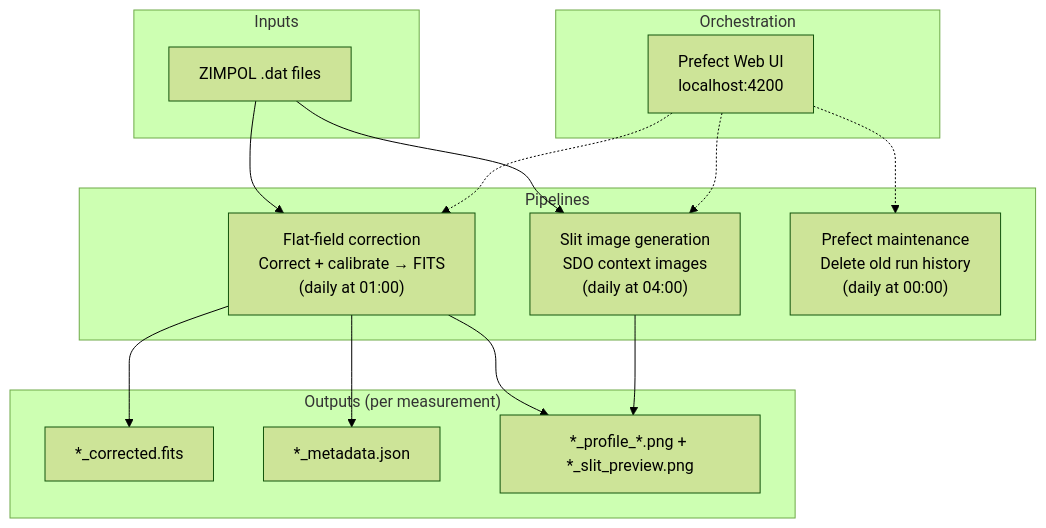
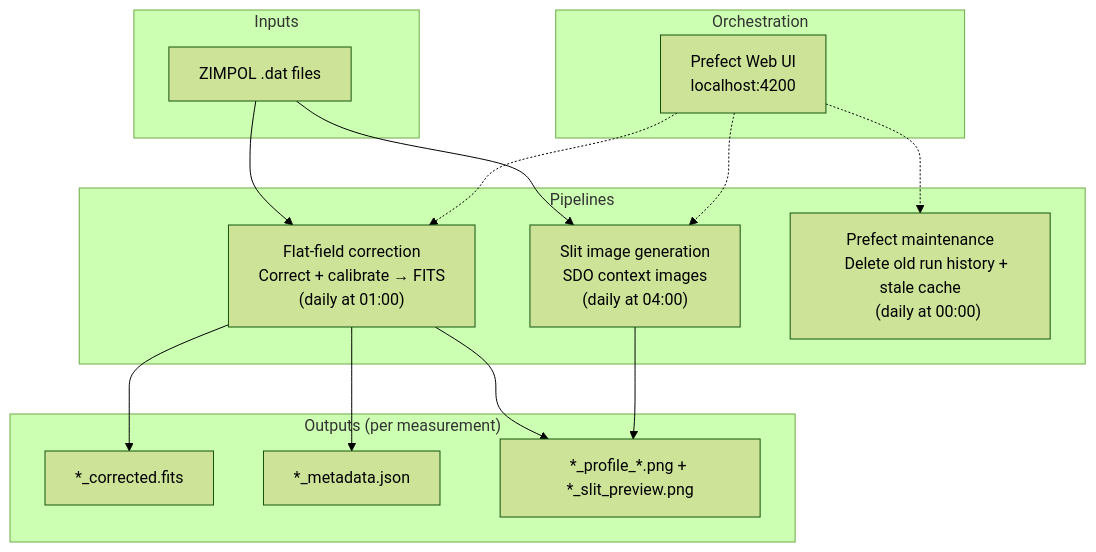
Before and after one commit to irsol-locarno/irsol-data-pipeline: the diagram in README.md, drawn with Mermaid (forest theme). The commit also changed other lines of this file and 17 other files, not shown here.

````diff
--- a/README.md
+++ b/README.md
@@ -5,39 +5,39 @@
 ```mermaid
 graph TB
     subgraph inputs["Inputs"]
         DAT["ZIMPOL .dat files"]
     end
 
     subgraph pipelines["Pipelines"]
         FF["Flat-field correction
 Correct + calibrate → FITS
 (daily at 01:00)"]
         SI["Slit image generation
 SDO context images
 (daily at 04:00)"]
         MN["Prefect maintenance
-Delete old run history
-(daily at 00:00)"]
+    Delete old run history + stale cache
+    (daily at 00:00)"]
     end
 
     subgraph outputs["Outputs (per measurement)"]
         FITS["*_corrected.fits"]
         META["*_metadata.json"]
         PNG["*_profile_*.png + *_slit_preview.png"]
     end
 
     subgraph orchestration["Orchestration"]
         UI["Prefect Web UI
         localhost:4200"]
     end
 
     DAT --> FF
     DAT --> SI
     FF --> FITS
     FF --> META
     FF --> PNG
     SI --> PNG
     UI -.-> FF
     UI -.-> SI
     UI -.-> MN
 ```
````
